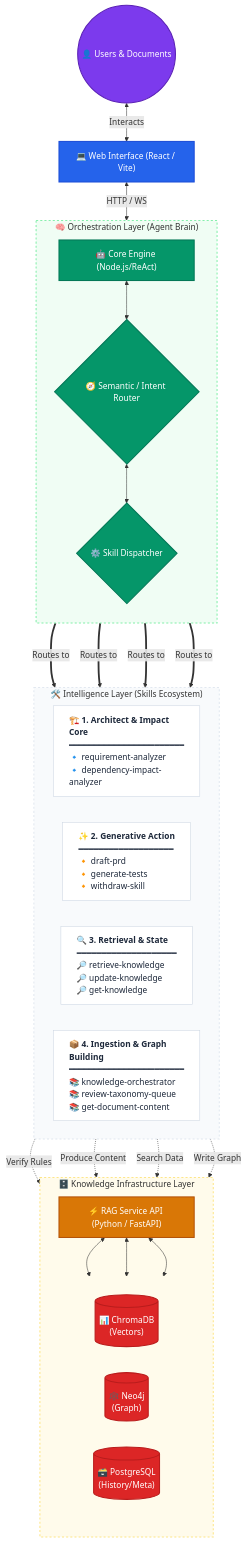
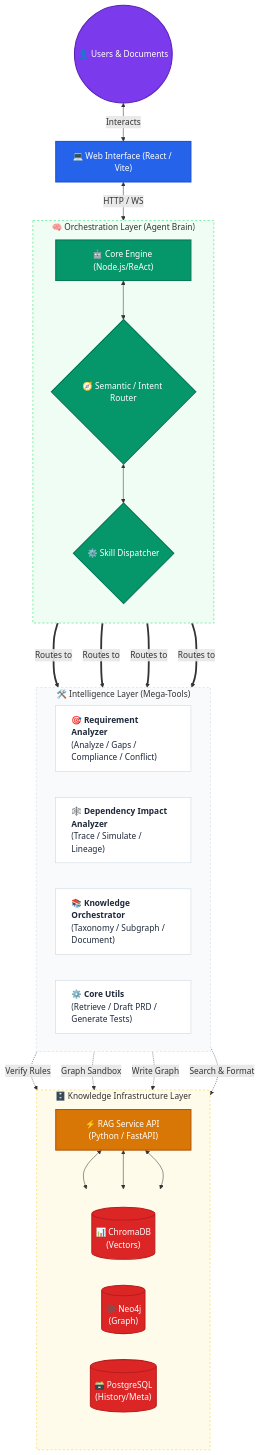
One commit to danugot/nexis changed the diagram in README.md. Above: the diagram before and after it, drawn with Mermaid.

Commit message:
docs: simplify architecture diagram to feature only the 3 Mega-Tools

````diff
--- a/README.md
+++ b/README.md
@@ -25,68 +25,66 @@
 ```mermaid
 flowchart TB
     %% Colors and Styles
     classDef client fill:#7c3aed,stroke:#5b21b6,stroke-width:2px,color:#fff
     classDef system fill:#2563eb,stroke:#1d4ed8,stroke-width:2px,color:#fff
     classDef agent fill:#059669,stroke:#047857,stroke-width:2px,color:#fff
     classDef skill fill:#ffffff,stroke:#cbd5e1,stroke-width:1px,color:#1e293b,text-align:left
     classDef backend fill:#d97706,stroke:#b45309,stroke-width:2px,color:#fff
     classDef storage fill:#dc2626,stroke:#b91c1c,stroke-width:2px,color:#fff
 
     User(("👤 Users & Documents")):::client
     UI["💻 Web Interface (React / Vite)"]:::system
 
     subgraph AgentLayer ["🧠 Orchestration Layer (Agent Brain)"]
         direction TB
         Brain["🤖 Core Engine (Node.js/ReAct)"]:::agent
         Router{"🧭 Semantic / Intent Router"}:::agent
         Dispatcher{"⚙️ Skill Dispatcher"}:::agent
         Brain <--> Router
         Router <--> Dispatcher
     end
 
-    subgraph SkillsLayer ["🛠️ Intelligence Layer (Skills Ecosystem)"]
+    subgraph SkillsLayer ["🛠️ Intelligence Layer (Mega-Tools)"]
         direction LR
-        S_Audit["<b>🏗️ 1. Architect & Impact Core</b><br/>━━━━━━━━━━━━━━━━━━━━━━━<br/>🔹 requirement-analyzer<br/>🔹 dependency-impact-analyzer"]:::skill
+        S_Req["<b>🎯 Requirement Analyzer</b><br/>(Analyze / Gaps / Compliance / Conflict)"]:::skill
+        S_Impact["<b>🕸️ Dependency Impact Analyzer</b><br/>(Trace / Simulate / Lineage)"]:::skill
+        S_Knowledge["<b>📚 Knowledge Orchestrator</b><br/>(Taxonomy / Subgraph / Document)"]:::skill
         
-        S_Gen["<b>✨ 2. Generative Action</b><br/>━━━━━━━━━━━━━━━━━━━<br/>🔸 draft-prd<br/>🔸 generate-tests<br/>🔸 withdraw-skill"]:::skill
-        
-        S_Anal["<b>🔍 3. Retrieval & State</b><br/>━━━━━━━━━━━━━━━━━━━━<br/>🔎 retrieve-knowledge<br/>🔎 update-knowledge<br/>🔎 get-knowledge"]:::skill
-        
-        S_Ingest["<b>📦 4. Ingestion & Graph Building</b><br/>━━━━━━━━━━━━━━━━━━━━━━━<br/>📚 knowledge-orchestrator<br/>📚 review-taxonomy-queue<br/>📚 get-document-content"]:::skill
+        S_Utils["<b>⚙️ Core Utils</b><br/>(Retrieve / Draft PRD / Generate Tests)"]:::skill
     end
 
     subgraph InfraLayer ["🗄️ Knowledge Infrastructure Layer"]
         direction TB
         RAG["⚡ RAG Service API (Python / FastAPI)"]:::backend
         
         subgraph DBs [" "]
             direction LR
             VDB[("📊 ChromaDB<br/>(Vectors)")]:::storage
             GDB[("🕸️ Neo4j<br/>(Graph)")]:::storage
             RDB[("🗃️ PostgreSQL<br/>(History/Meta)")]:::storage
         end
         RAG <--> VDB
         RAG <--> GDB
         RAG <--> RDB
     end
 
     %% Flow Definitions
     User <-->|Interacts| UI
     UI <-->|HTTP / WS| Brain
     
-    Dispatcher ===>|Routes to| S_Audit
-    Dispatcher ===>|Routes to| S_Gen
-    Dispatcher ===>|Routes to| S_Anal
-    Dispatcher ===>|Routes to| S_Ingest
+    Dispatcher ===>|Routes to| S_Req
+    Dispatcher ===>|Routes to| S_Impact
+    Dispatcher ===>|Routes to| S_Knowledge
+    Dispatcher ===>|Routes to| S_Utils
 
-    S_Audit -.->|Verify Rules| RAG
-    S_Gen -.->|Produce Content| RAG
-    S_Anal -.->|Search Data| RAG
-    S_Ingest -.->|Write Graph| RAG
+    S_Req -.->|Verify Rules| RAG
+    S_Impact -.->|Graph Sandbox| RAG
+    S_Knowledge -.->|Write Graph| RAG
+    S_Utils -.->|Search & Format| RAG
 
     %% Custom Subgraph Styles
     style AgentLayer fill:#f0fdf4,stroke:#86efac,stroke-width:2px,stroke-dasharray: 4
     style SkillsLayer fill:#f8fafc,stroke:#e2e8f0,stroke-width:2px,stroke-dasharray: 4
     style InfraLayer fill:#fffbeb,stroke:#fde68a,stroke-width:2px,stroke-dasharray: 4
     style DBs fill:transparent,stroke:none
 ```
````
